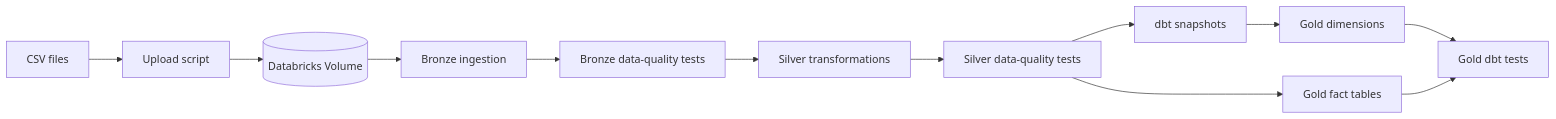
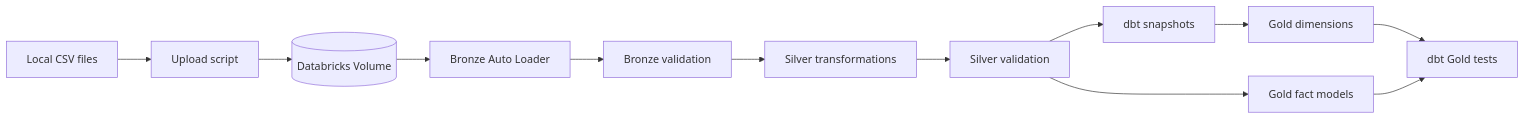
The first of 2 diagrams in README.md (NXPLabs/Olist_Data_Pipeline), drawn with Mermaid before and after one commit. The commit also changed other lines of this file, not shown here.

````diff
--- a/README.md
+++ b/README.md
@@ -7,14 +42,14 @@
 ```mermaid
 flowchart LR
-    CSV[CSV files] --> UP[Upload script]
+    CSV[Local CSV files] --> UP[Upload script]
     UP --> VOL[(Databricks Volume)]
-    VOL --> BR[Bronze ingestion]
-    BR --> BT[Bronze data-quality tests]
+    VOL --> BR[Bronze Auto Loader]
+    BR --> BT[Bronze validation]
     BT --> SV[Silver transformations]
-    SV --> ST[Silver data-quality tests]
-    ST --> SS[dbt snapshots]
-    SS --> DG[Gold dimensions]
-    ST --> FF[Gold fact tables]
-    DG --> GT[Gold dbt tests]
+    SV --> ST[Silver validation]
+    ST --> SN[dbt snapshots]
+    SN --> DG[Gold dimensions]
+    ST --> FF[Gold fact models]
+    DG --> GT[dbt Gold tests]
     FF --> GT
 ```
````
